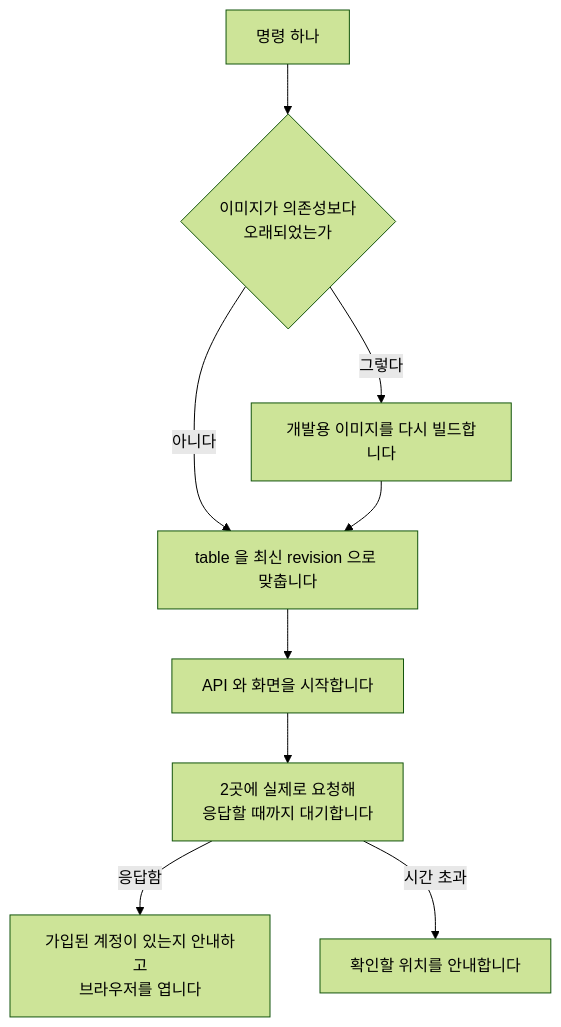
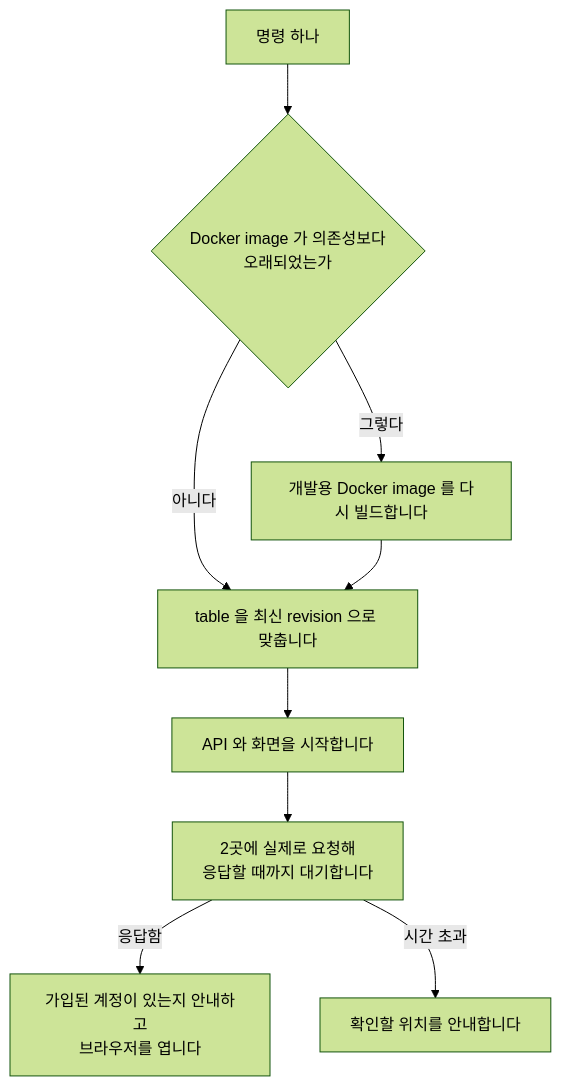
Before and after one commit to minkong-dev/Banblit: the diagram in .cluedoc/dev-environment/dev-environment.md, drawn with Mermaid (forest theme). The commit also changed other lines of this file and 21 other files, not shown here.

````diff
--- a/.cluedoc/dev-environment/dev-environment.md
+++ b/.cluedoc/dev-environment/dev-environment.md
@@ -12,11 +13,11 @@
 ```mermaid
 flowchart TD
-    START[명령 하나] --> IMG{이미지가 의존성보다<br/>오래되었는가}
-    IMG -->|그렇다| BUILD[개발용 이미지를 다시 빌드합니다]
+    START[명령 하나] --> IMG{Docker image 가 의존성보다<br/>오래되었는가}
+    IMG -->|그렇다| BUILD[개발용 Docker image 를 다시 빌드합니다]
     IMG -->|아니다| MIG
     BUILD --> MIG[table 을 최신 revision 으로 맞춥니다]
     MIG --> UP[API 와 화면을 시작합니다]
     UP --> WAIT[2곳에 실제로 요청해<br/>응답할 때까지 대기합니다]
     WAIT -->|응답함| HINT[가입된 계정이 있는지 안내하고<br/>브라우저를 엽니다]
     WAIT -->|시간 초과| FAIL[확인할 위치를 안내합니다]
 ```
````
